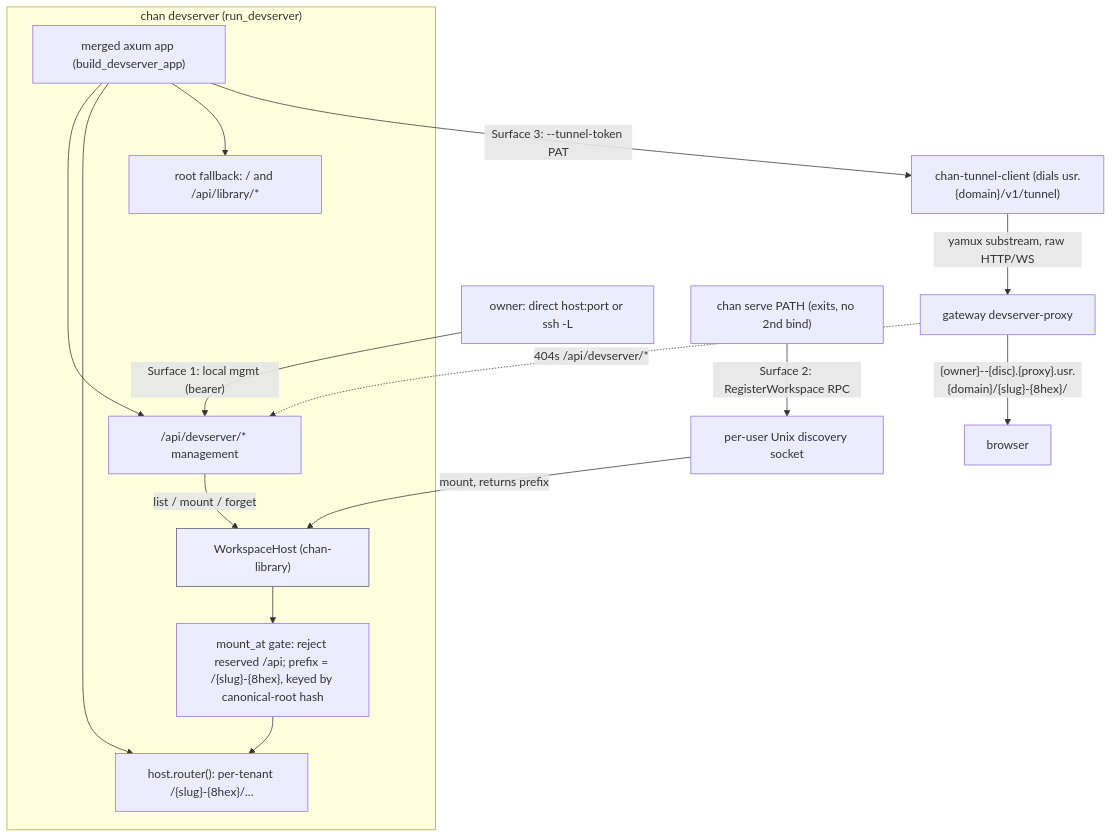
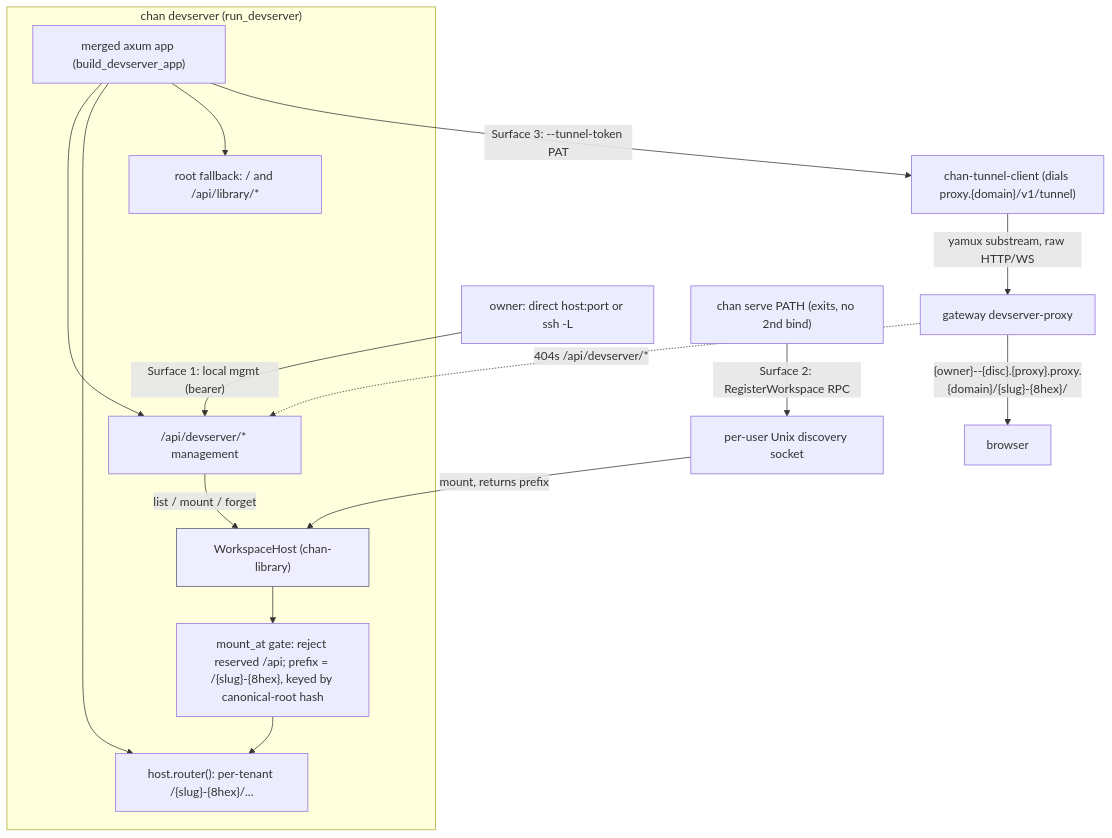
One commit to fiorix/chan changed the second of 2 diagrams in design.md. Above: the diagram before and after it, drawn with Mermaid. The commit also changed other lines of this file and 70 other files, not shown here.

First line of the commit message:
docs,fix(gateway): the tunnel namespace renames from usr.{domain} to proxy.{domain}

````diff
--- a/design.md
+++ b/design.md
@@ -155,26 +155,26 @@
 ```mermaid
 flowchart TB
   subgraph DV["chan devserver (run_devserver)"]
     Host["WorkspaceHost (chan-library)"]
     Gate["mount_at gate: reject reserved /api; prefix = /{slug}-{8hex}, keyed by canonical-root hash"]
     App["merged axum app (build_devserver_app)"]
     Mgmt["/api/devserver/* management"]
     Tenants["host.router(): per-tenant /{slug}-{8hex}/..."]
     Launcher["root fallback: / and /api/library/*"]
     Host --> Gate
     Gate --> Tenants
     App --> Mgmt
     App --> Tenants
     App --> Launcher
   end
   Owner["owner: direct host:port or ssh -L"] -->|"Surface 1: local mgmt (bearer)"| Mgmt
   Mgmt -->|"list / mount / forget"| Host
   CLI["chan serve PATH (exits, no 2nd bind)"] -->|"Surface 2: RegisterWorkspace RPC"| Disc["per-user Unix discovery socket"]
   Disc -->|"mount, returns prefix"| Host
-  App -->|"Surface 3: --tunnel-token PAT"| Tun["chan-tunnel-client (dials usr.{domain}/v1/tunnel)"]
+  App -->|"Surface 3: --tunnel-token PAT"| Tun["chan-tunnel-client (dials proxy.{domain}/v1/tunnel)"]
   Tun -->|"yamux substream, raw HTTP/WS"| Proxy["gateway devserver-proxy"]
-  Proxy -->|"{owner}--{disc}.{proxy}.usr.{domain}/{slug}-{8hex}/"| Browser["browser"]
+  Proxy -->|"{owner}--{disc}.{proxy}.proxy.{domain}/{slug}-{8hex}/"| Browser["browser"]
   Proxy -.->|"404s /api/devserver/*"| Mgmt
   classDef core fill:#eef,stroke:#557;
   class Host core;
 ```
````
